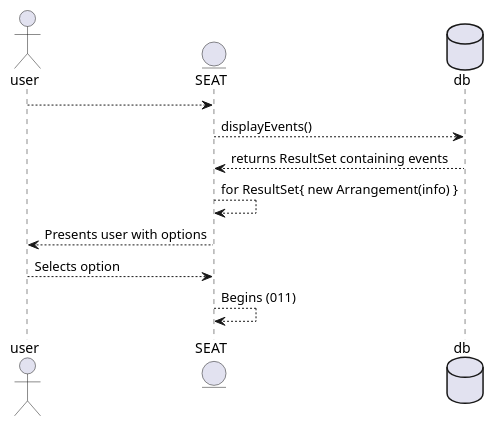
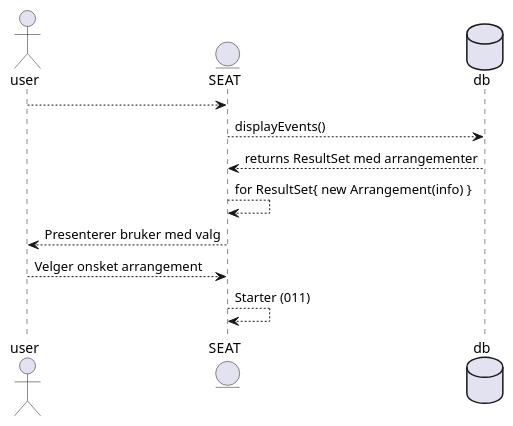
The diagram in UML/Sequence/010velgeArrangementForKjop.puml (EmilyHBH/seat_gruppe19), drawn with PlantUML before and after one commit. The commit also changed 3 other files, not shown here.

```diff
--- a/UML/Sequence/010velgeArrangementForKjop.puml
+++ b/UML/Sequence/010velgeArrangementForKjop.puml
@@ -1,15 +1,15 @@
 @startuml
 
 actor user
 entity SEAT
 database db
 
 user --> SEAT:
 SEAT --> db: displayEvents()
-SEAT <-- db: returns ResultSet containing events
+SEAT <-- db: returns ResultSet med arrangementer
 SEAT --> SEAT: for ResultSet{ new Arrangement(info) }
-user <-- SEAT: Presents user with options
-user --> SEAT: Selects option
-SEAT --> SEAT: Begins (011)
+user <-- SEAT: Presenterer bruker med valg
+user --> SEAT: Velger onsket arrangement
+SEAT --> SEAT: Starter (011)
 
 @enduml
```
